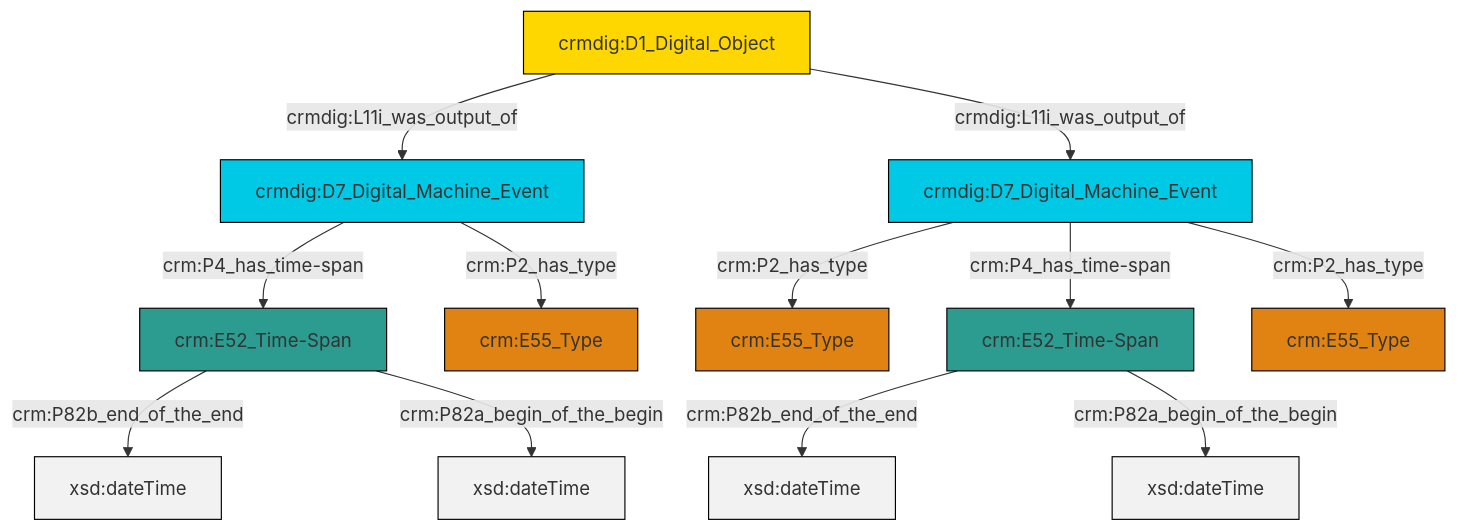
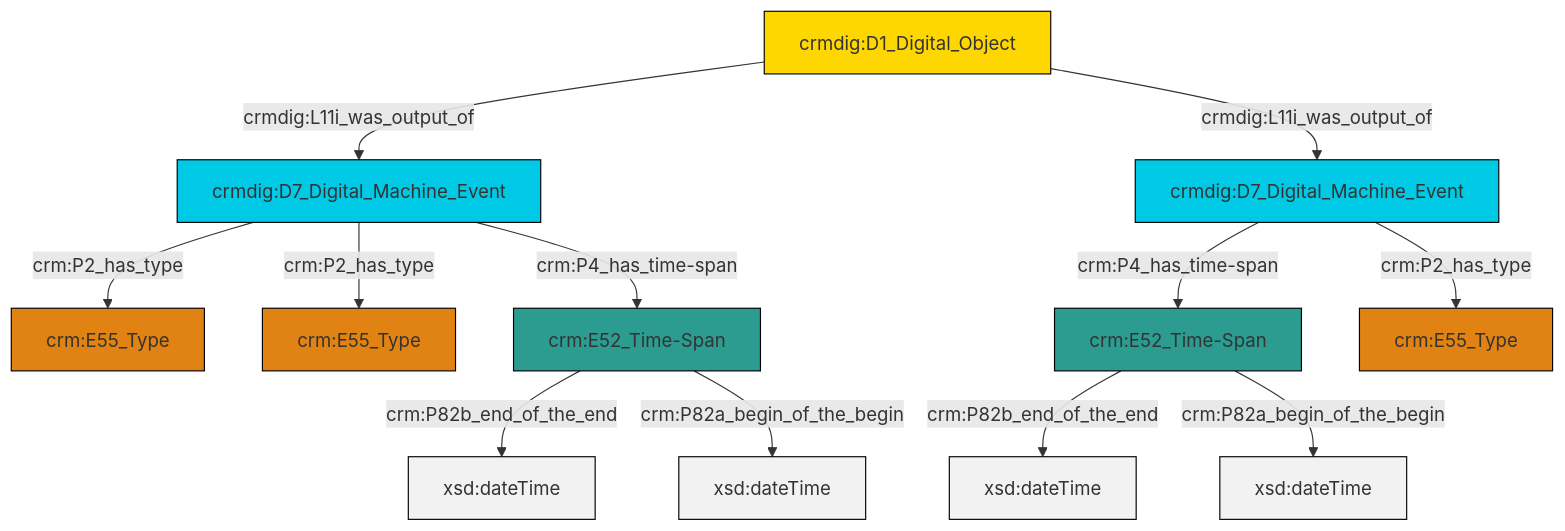
The diagram in et/doCSV/ttl/mmd/do_existence.ttl.mmd (swiss-art-research-net/reference-data-models), drawn with Mermaid before and after one commit. The commit also changed 128 other files, not shown here.

```diff
--- a/et/doCSV/ttl/mmd/do_existence.ttl.mmd
+++ b/et/doCSV/ttl/mmd/do_existence.ttl.mmd
@@ -1,26 +1,26 @@
 graph TD
 classDef Literal fill:#f2f2f2,stroke:#000000;
 classDef CRM_Entity fill:#FFFFFF,stroke:#000000;
 classDef Temporal_Entity fill:#00C9E6, stroke:#000000;
 classDef Type fill:#E18312, stroke:#000000;
 classDef Time-Span fill:#2C9C91, stroke:#000000;
 classDef Appellation fill:#FFEB7F, stroke:#000000;
 classDef Place fill:#008836, stroke:#000000;
 classDef Persistent_Item fill:#B266B2, stroke:#000000;
 classDef Conceptual_Object fill:#FFD700, stroke:#000000;
 classDef Physical_Thing fill:#D2B48C, stroke:#000000;
 classDef Actor fill:#f58aad, stroke:#000000;
 classDef PC_Classes fill:#4ce600, stroke:#000000;
 classDef Multi fill:#cccccc,stroke:#000000;
 
-0["crm:E52_Time-Span"]:::Time-Span -->|crm:P82b_end_of_the_end| 1[xsd:dateTime]:::Literal
-10["crmdig:D7_Digital_Machine_Event"]:::Temporal_Entity -->|crm:P2_has_type| 6["crm:E55_Type"]:::Type
-8["crmdig:D1_Digital_Object"]:::Conceptual_Object -->|crmdig:L11i_was_output_of| 4["crmdig:D7_Digital_Machine_Event"]:::Temporal_Entity
-2["crm:E52_Time-Span"]:::Time-Span -->|crm:P82b_end_of_the_end| 13[xsd:dateTime]:::Literal
-2["crm:E52_Time-Span"]:::Time-Span -->|crm:P82a_begin_of_the_begin| 16[xsd:dateTime]:::Literal
-8["crmdig:D1_Digital_Object"]:::Conceptual_Object -->|crmdig:L11i_was_output_of| 10["crmdig:D7_Digital_Machine_Event"]:::Temporal_Entity
-10["crmdig:D7_Digital_Machine_Event"]:::Temporal_Entity -->|crm:P4_has_time-span| 2["crm:E52_Time-Span"]:::Time-Span
-4["crmdig:D7_Digital_Machine_Event"]:::Temporal_Entity -->|crm:P4_has_time-span| 0["crm:E52_Time-Span"]:::Time-Span
-4["crmdig:D7_Digital_Machine_Event"]:::Temporal_Entity -->|crm:P2_has_type| 11["crm:E55_Type"]:::Type
-0["crm:E52_Time-Span"]:::Time-Span -->|crm:P82a_begin_of_the_begin| 22[xsd:dateTime]:::Literal
-10["crmdig:D7_Digital_Machine_Event"]:::Temporal_Entity -->|crm:P2_has_type| 19["crm:E55_Type"]:::Type
+6["crm:E52_Time-Span"]:::Time-Span -->|crm:P82b_end_of_the_end| 7[xsd:dateTime]:::Literal
+8["crmdig:D1_Digital_Object"]:::Conceptual_Object -->|crmdig:L11i_was_output_of| 9["crmdig:D7_Digital_Machine_Event"]:::Temporal_Entity
+9["crmdig:D7_Digital_Machine_Event"]:::Temporal_Entity -->|crm:P2_has_type| 2["crm:E55_Type"]:::Type
+9["crmdig:D7_Digital_Machine_Event"]:::Temporal_Entity -->|crm:P2_has_type| 10["crm:E55_Type"]:::Type
+9["crmdig:D7_Digital_Machine_Event"]:::Temporal_Entity -->|crm:P4_has_time-span| 11["crm:E52_Time-Span"]:::Time-Span
+0["crmdig:D7_Digital_Machine_Event"]:::Temporal_Entity -->|crm:P4_has_time-span| 6["crm:E52_Time-Span"]:::Time-Span
+11["crm:E52_Time-Span"]:::Time-Span -->|crm:P82b_end_of_the_end| 12[xsd:dateTime]:::Literal
+8["crmdig:D1_Digital_Object"]:::Conceptual_Object -->|crmdig:L11i_was_output_of| 0["crmdig:D7_Digital_Machine_Event"]:::Temporal_Entity
+11["crm:E52_Time-Span"]:::Time-Span -->|crm:P82a_begin_of_the_begin| 16[xsd:dateTime]:::Literal
+6["crm:E52_Time-Span"]:::Time-Span -->|crm:P82a_begin_of_the_begin| 19[xsd:dateTime]:::Literal
+0["crmdig:D7_Digital_Machine_Event"]:::Temporal_Entity -->|crm:P2_has_type| 4["crm:E55_Type"]:::Type
```
